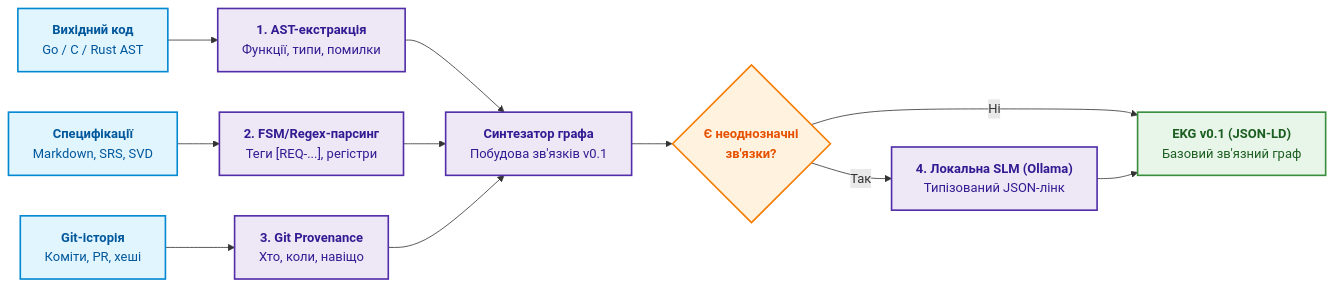
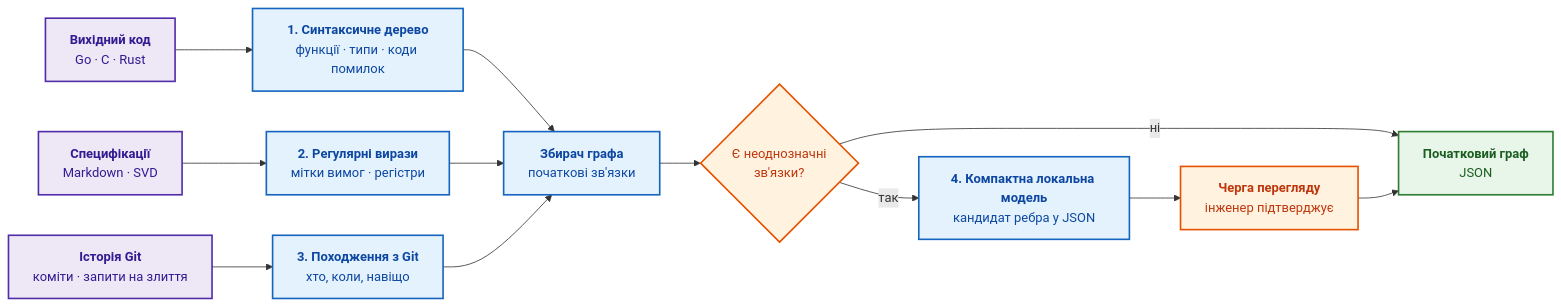
The seventh of 7 diagrams in ExpertSystem/ch09-engineering-knowledge-graph-traceability.md (nick-fedchik/articles), drawn with Mermaid before and after one commit. The commit also changed other lines of this file, not shown here.

Commit message:
docs(ch09): restructure engineering knowledge graph chapter, fixed gap/untraced/impact formulas, runnable Go bootstrap, verified sources

````diff
--- a/ExpertSystem/ch09-engineering-knowledge-graph-traceability.md
+++ b/ExpertSystem/ch09-engineering-knowledge-graph-traceability.md
@@ -533,29 +481,29 @@
 ```mermaid
 flowchart LR
-    accTitle: Чотириетапний автоматичний конвеєр бутстрапу EKG v0.1
-    accDescr: Від AST-парсингу коду та Markdown через Git-майнінг та вузький SLM-лінкер до готового графа.
+    accTitle: Чотири кроки автоматичної побудови початкового графа
+    accDescr: Вихідний код, специфікації й історія Git обробляють аналіз синтаксичного дерева, регулярні вирази й аналіз історії; неоднозначні зв'язки передаються компактній локальній мовній моделі, а результат є початковим графом.
 
-    SrcCode["<b>Вихідний код</b><br/>Go / C / Rust AST"] --> Step1["<b>1. AST-екстракція</b><br/>Функції, типи, помилки"]
-    Docs["<b>Специфікації</b><br/>Markdown, SRS, SVD"] --> Step2["<b>2. FSM/Regex-парсинг</b><br/>Теги [REQ-...], регістри"]
-    GitRepo["<b>Git-історія</b><br/>Коміти, PR, хеші"] --> Step3["<b>3. Git Provenance</b><br/>Хто, коли, навіщо"]
+    SrcCode["<b>Вихідний код</b><br/>Go · C · Rust"] --> Step1["<b>1. Синтаксичне дерево</b><br/>функції · типи · коди помилок"]
+    Docs["<b>Специфікації</b><br/>Markdown · SVD"] --> Step2["<b>2. Регулярні вирази</b><br/>мітки вимог · регістри"]
+    GitRepo["<b>Історія Git</b><br/>коміти · запити на злиття"] --> Step3["<b>3. Походження з Git</b><br/>хто, коли, навіщо"]
 
-    Step1 --> Merge["<b>Синтезатор графа</b><br/>Побудова зв'язків v0.1"]
+    Step1 --> Merge["<b>Збирач графа</b><br/>початкові зв'язки"]
     Step2 --> Merge
     Step3 --> Merge
 
-    Merge --> Ambiguous{"<b>Є неоднозначні<br/>зв'язки?</b>"}
-    Ambiguous -->|"Ні"| GraphOut["<b>EKG v0.1 (JSON-LD)</b><br/>Базовий зв'язний граф"]
-    Ambiguous -->|"Так"| SLMLinker["<b>4. Локальна SLM (Ollama)</b><br/>Типізований JSON-лінк"]
-    SLMLinker --> GraphOut
+    Merge --> Ambiguous{"Є неоднозначні<br/>зв'язки?"}
+    Ambiguous -->|"ні"| GraphOut["<b>Початковий граф</b><br/>JSON"]
+    Ambiguous -->|"так"| SLMLinker["<b>4. Компактна локальна модель</b><br/>кандидат ребра у JSON"]
+    SLMLinker --> Review["<b>Черга перегляду</b><br/>інженер підтверджує"]
+    Review --> GraphOut
 
-    classDef src fill:#e1f5fe,stroke:#0288d1,stroke-width:2px,color:#01579b;
-    classDef step fill:#ede7f6,stroke:#512da8,stroke-width:2px,color:#311b92;
-    classDef gate fill:#fff3e0,stroke:#f57c00,stroke-width:2px,color:#e65100;
-    classDef res fill:#e8f5e9,stroke:#388e3c,stroke-width:2px,color:#1b5e20;
+    classDef src fill:#ede7f6,stroke:#512da8,stroke-width:2px,color:#311b92;
+    classDef step fill:#e3f2fd,stroke:#1565c0,stroke-width:2px,color:#0d47a1;
+    classDef gate fill:#fff3e0,stroke:#e65100,stroke-width:2px,color:#bf360c;
+    classDef res fill:#e8f5e9,stroke:#2e7d32,stroke-width:2px,color:#1b5e20;
 
     class SrcCode,Docs,GitRepo src;
-    class Step1,Step2,Step3,Merge step;
-    class Ambiguous gate;
+    class Step1,Step2,Step3,Merge,SLMLinker step;
+    class Ambiguous,Review gate;
     class GraphOut res;
-    class SLMLinker step;
 ```
````
